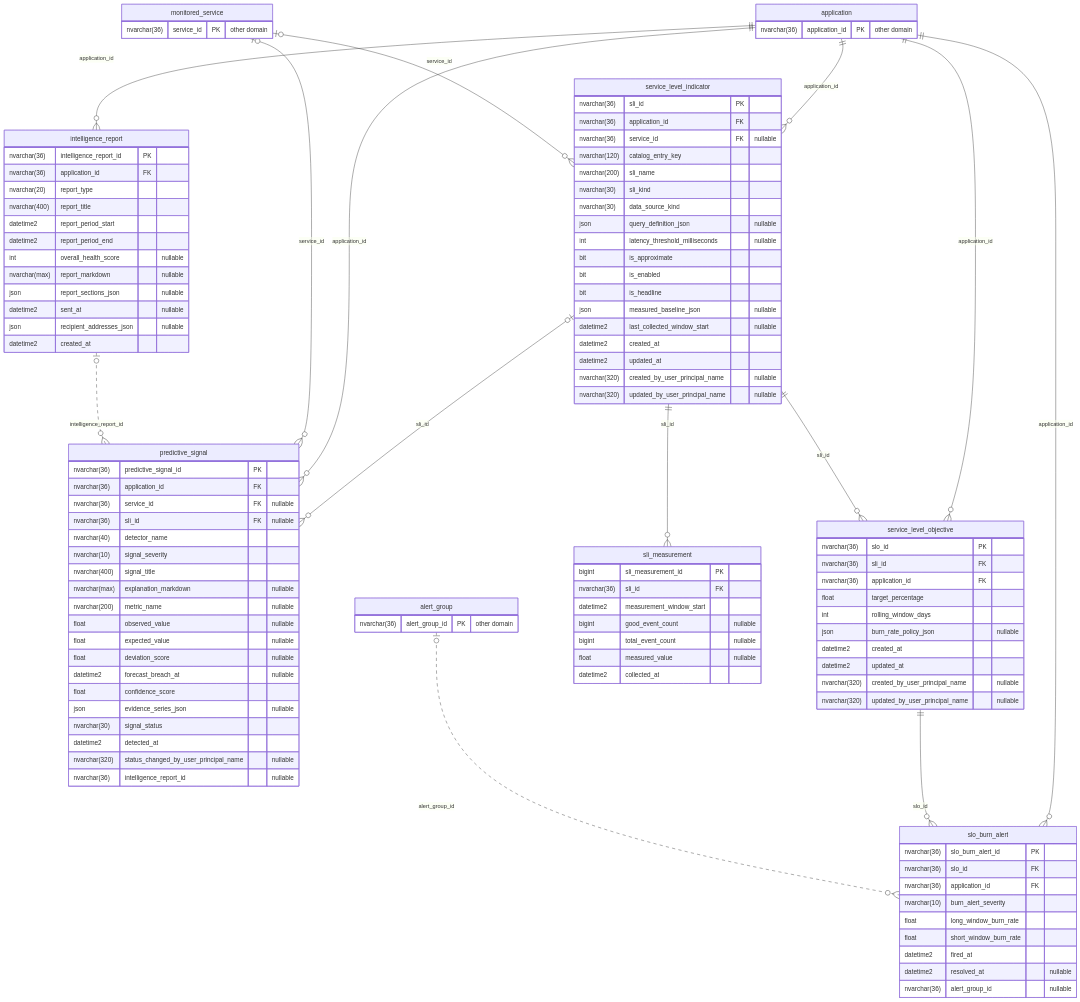
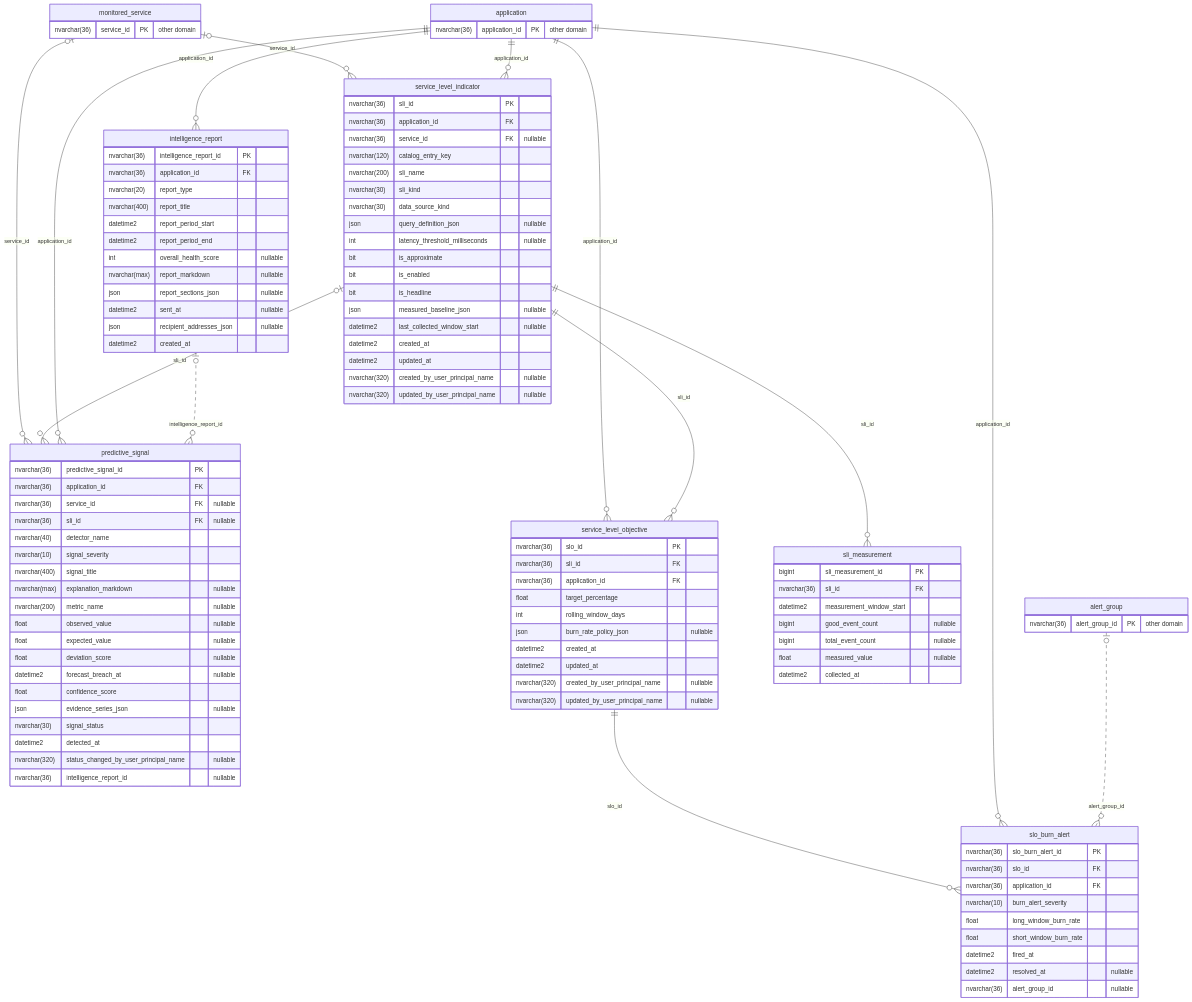
One commit to dilleswar16/Synaptic-Alchemy changed the sixth of 10 diagrams in Keigan/My Plans/architecture/15_ENTITY_RELATIONSHIP_DIAGRAM.md. Above: the diagram before and after it, drawn with Mermaid. The commit also changed other lines of this file and 32 other files, not shown here.

````diff
--- a/Keigan/My Plans/architecture/15_ENTITY_RELATIONSHIP_DIAGRAM.md
+++ b/Keigan/My Plans/architecture/15_ENTITY_RELATIONSHIP_DIAGRAM.md
@@ -1072,16 +1077,16 @@
         nvarchar(36) service_id PK "other domain"
     }
     application ||--o{ intelligence_report : "application_id"
+    monitored_service |o--o{ service_level_indicator : "service_id"
     application ||--o{ service_level_indicator : "application_id"
-    monitored_service |o--o{ service_level_indicator : "service_id"
+    monitored_service |o--o{ predictive_signal : "service_id"
     service_level_indicator |o--o{ predictive_signal : "sli_id"
     application ||--o{ predictive_signal : "application_id"
-    monitored_service |o--o{ predictive_signal : "service_id"
     intelligence_report |o..o{ predictive_signal : "intelligence_report_id"
     application ||--o{ service_level_objective : "application_id"
     service_level_indicator ||--o{ service_level_objective : "sli_id"
     service_level_indicator ||--o{ sli_measurement : "sli_id"
+    service_level_objective ||--o{ slo_burn_alert : "slo_id"
     application ||--o{ slo_burn_alert : "application_id"
-    service_level_objective ||--o{ slo_burn_alert : "slo_id"
     alert_group |o..o{ slo_burn_alert : "alert_group_id"
 ```
````
